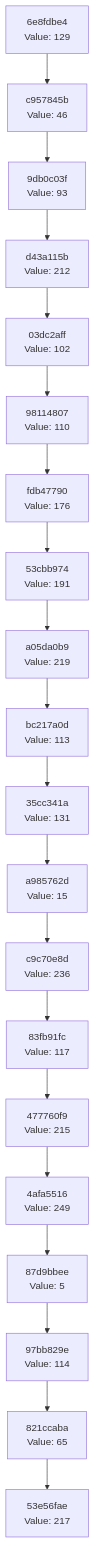
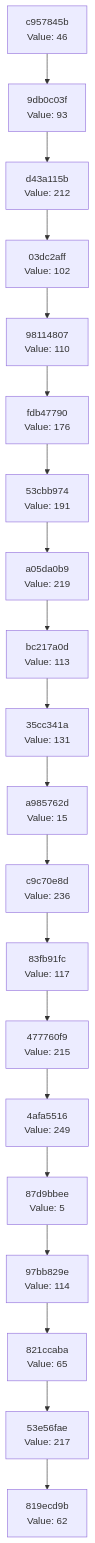
One commit to Abhisheksinha1506/hash-chain-evolver changed the diagram in docs/CHAIN_VISUALIZATION.md. Above: the diagram before and after it, drawn with Mermaid. The commit also changed 3 other files, not shown here.

````diff
--- a/docs/CHAIN_VISUALIZATION.md
+++ b/docs/CHAIN_VISUALIZATION.md
@@ -3,42 +3,42 @@
 ```mermaid
 graph TD
-    C0["53e56fae<br/>Value: 217"]
-    C1["821ccaba<br/>Value: 65"]
+    C0["819ecd9b<br/>Value: 62"]
+    C1["53e56fae<br/>Value: 217"]
     C1 --> C0
-    C2["97bb829e<br/>Value: 114"]
+    C2["821ccaba<br/>Value: 65"]
     C2 --> C1
-    C3["87d9bbee<br/>Value: 5"]
+    C3["97bb829e<br/>Value: 114"]
     C3 --> C2
-    C4["4afa5516<br/>Value: 249"]
+    C4["87d9bbee<br/>Value: 5"]
     C4 --> C3
-    C5["477760f9<br/>Value: 215"]
+    C5["4afa5516<br/>Value: 249"]
     C5 --> C4
-    C6["83fb91fc<br/>Value: 117"]
+    C6["477760f9<br/>Value: 215"]
     C6 --> C5
-    C7["c9c70e8d<br/>Value: 236"]
+    C7["83fb91fc<br/>Value: 117"]
     C7 --> C6
-    C8["a985762d<br/>Value: 15"]
+    C8["c9c70e8d<br/>Value: 236"]
     C8 --> C7
-    C9["35cc341a<br/>Value: 131"]
+    C9["a985762d<br/>Value: 15"]
     C9 --> C8
-    C10["bc217a0d<br/>Value: 113"]
+    C10["35cc341a<br/>Value: 131"]
     C10 --> C9
-    C11["a05da0b9<br/>Value: 219"]
+    C11["bc217a0d<br/>Value: 113"]
     C11 --> C10
-    C12["53cbb974<br/>Value: 191"]
+    C12["a05da0b9<br/>Value: 219"]
     C12 --> C11
-    C13["fdb47790<br/>Value: 176"]
+    C13["53cbb974<br/>Value: 191"]
     C13 --> C12
-    C14["98114807<br/>Value: 110"]
+    C14["fdb47790<br/>Value: 176"]
     C14 --> C13
-    C15["03dc2aff<br/>Value: 102"]
+    C15["98114807<br/>Value: 110"]
     C15 --> C14
-    C16["d43a115b<br/>Value: 212"]
+    C16["03dc2aff<br/>Value: 102"]
     C16 --> C15
-    C17["9db0c03f<br/>Value: 93"]
+    C17["d43a115b<br/>Value: 212"]
     C17 --> C16
-    C18["c957845b<br/>Value: 46"]
+    C18["9db0c03f<br/>Value: 93"]
     C18 --> C17
-    C19["6e8fdbe4<br/>Value: 129"]
+    C19["c957845b<br/>Value: 46"]
     C19 --> C18
 ```
````
